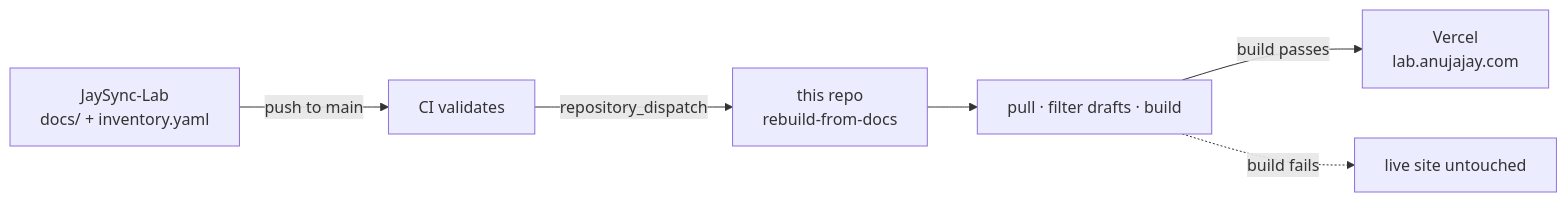
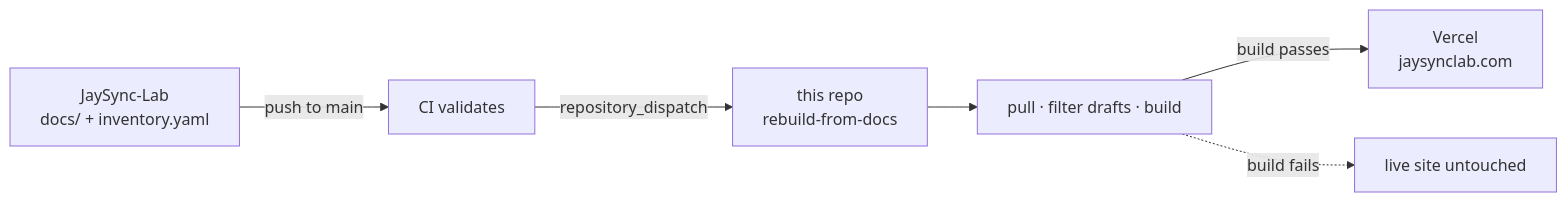
Before and after one commit to JaySync-Lab/jaysync-lab-site: the diagram in README.md, drawn with Mermaid. The commit also changed other lines of this file and 1 other file, not shown here.

First line of the commit message:
README/CLAUDE.md: point to jaysynclab.com (#14)

````diff
--- a/README.md
+++ b/README.md
@@ -25,8 +25,8 @@
 ```mermaid
 flowchart LR
     A["JaySync-Lab<br/>docs/ + inventory.yaml"] -->|push to main| B[CI validates]
     B -->|repository_dispatch| C["this repo<br/>rebuild-from-docs"]
     C --> D[pull · filter drafts · build]
-    D -->|build passes| E["Vercel<br/>lab.anujajay.com"]
+    D -->|build passes| E["Vercel<br/>jaysynclab.com"]
     D -.build fails.-> F[live site untouched]
 ```
````
